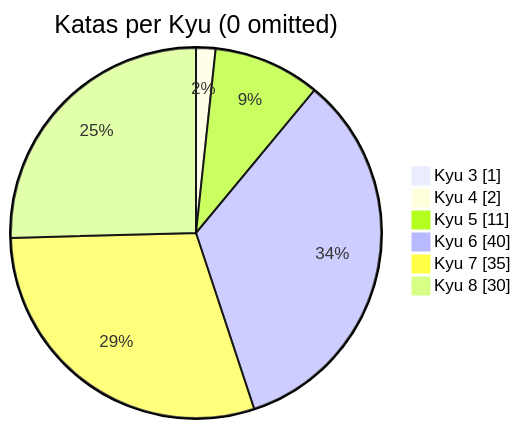
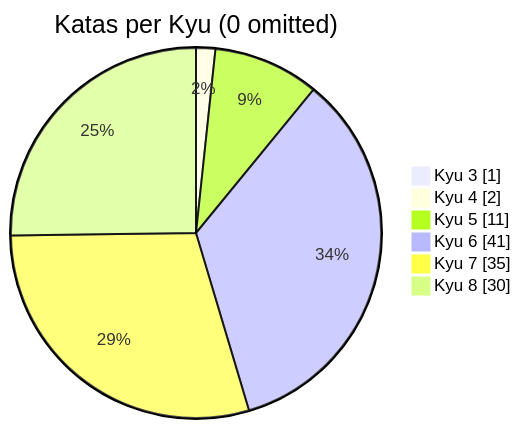
One commit to MauricioLudwig/codewars-typescript changed the diagram in README.md. Above: the diagram before and after it, drawn with Mermaid. The commit also changed other lines of this file, not shown here.

````diff
--- a/README.md
+++ b/README.md
@@ -21,10 +21,10 @@
 ```mermaid
 pie showData
     title Katas per Kyu (0 omitted)
 	"Kyu 3": 1
 	"Kyu 4": 2
 	"Kyu 5": 11
-	"Kyu 6": 40
+	"Kyu 6": 41
 	"Kyu 7": 35
 	"Kyu 8": 30
 ```
````
